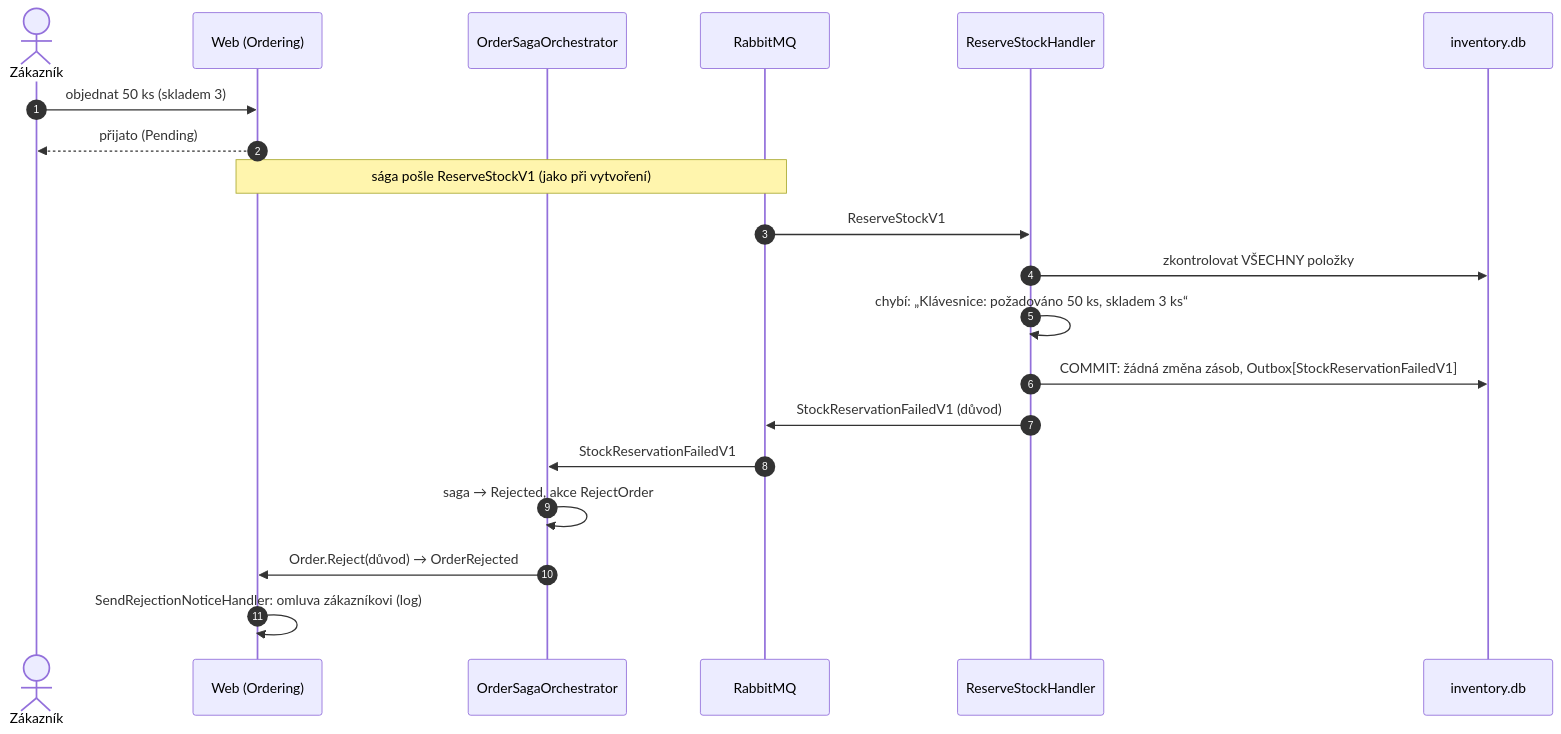
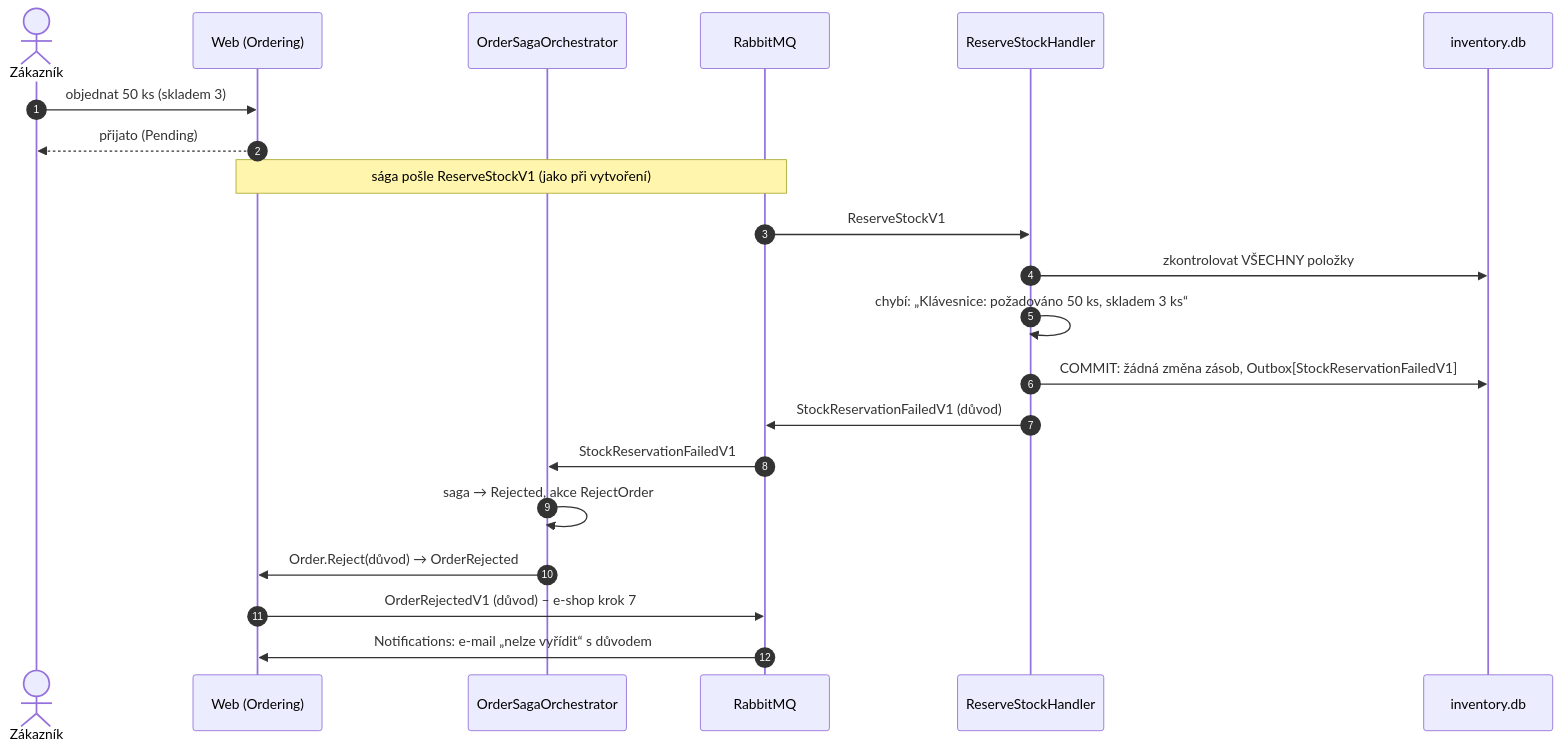
One commit to ftichy/MiniShop changed the diagram in docs/prirucka/toky/zamitnuti-objednavky.md. Above: the diagram before and after it, drawn with Mermaid. The commit also changed other lines of this file and 59 other files, not shown here.

````diff
--- a/docs/prirucka/toky/zamitnuti-objednavky.md
+++ b/docs/prirucka/toky/zamitnuti-objednavky.md
@@ -10,23 +10,24 @@
 ```mermaid
 sequenceDiagram
     autonumber
     actor Z as Zákazník
     participant W as Web (Ordering)
     participant SG as OrderSagaOrchestrator
     participant MQ as RabbitMQ
     participant RH as ReserveStockHandler
     participant IDB as inventory.db
 
     Z->>W: objednat 50 ks (skladem 3)
     W-->>Z: přijato (Pending)
     Note over W,MQ: sága pošle ReserveStockV1 (jako při vytvoření)
     MQ->>RH: ReserveStockV1
     RH->>IDB: zkontrolovat VŠECHNY položky
     RH->>RH: chybí: „Klávesnice: požadováno 50 ks, skladem 3 ks“
     RH->>IDB: COMMIT: žádná změna zásob, Outbox[StockReservationFailedV1]
     RH->>MQ: StockReservationFailedV1 (důvod)
     MQ->>SG: StockReservationFailedV1
     SG->>SG: saga → Rejected, akce RejectOrder
     SG->>W: Order.Reject(důvod) → OrderRejected
-    W->>W: SendRejectionNoticeHandler: omluva zákazníkovi (log)
+    W->>MQ: OrderRejectedV1 (důvod) – e-shop krok 7
+    MQ->>W: Notifications: e-mail „nelze vyřídit“ s důvodem
 ```
````
